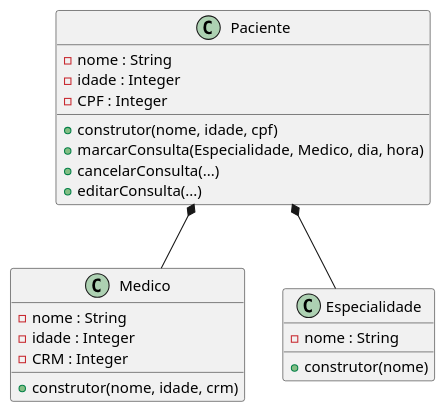
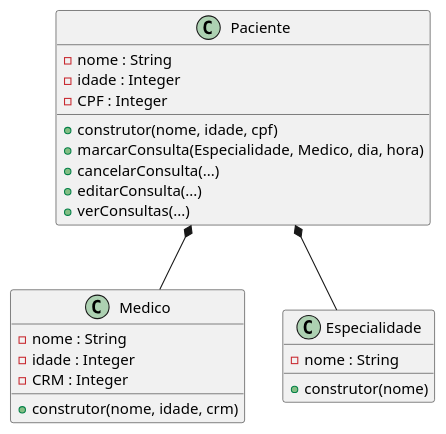
One commit to anleaes/2022-1-N2-POO-03 changed the diagram in diagrama.plantuml. Above: the diagram before and after it, drawn with PlantUML.

Commit message:
criado função verConsultas

```diff
--- a/diagrama.plantuml
+++ b/diagrama.plantuml
@@ -1,28 +1,29 @@
 @startuml Gerenciamento de Exames Medicos
 
     class Paciente{
         - nome : String
         - idade : Integer
         - CPF : Integer
         + construtor(nome, idade, cpf)
         + marcarConsulta(Especialidade, Medico, dia, hora)
         + cancelarConsulta(...)
         + editarConsulta(...)
+        + verConsultas(...)
     }
 
     class Medico{
         - nome : String
         - idade : Integer
         - CRM : Integer
         + construtor(nome, idade, crm)
     }
 
     class Especialidade{
         - nome : String
         + construtor(nome)
     }
 
     Paciente *-- Medico
     Paciente *-- Especialidade
 
 @enduml
```
